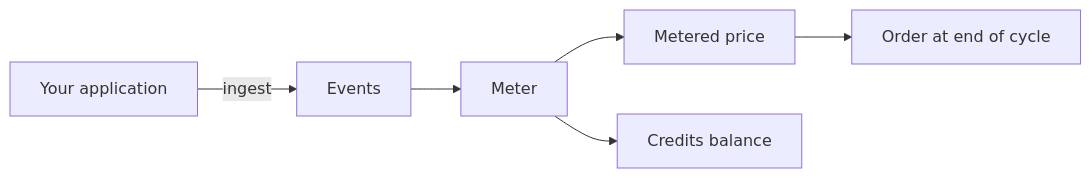
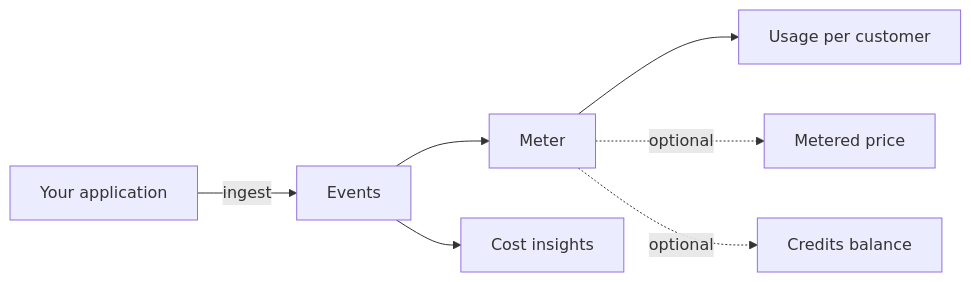
One commit to polarsource/polar changed the diagram in docs/concepts/usage.mdx. Above: the diagram before and after it, drawn with Mermaid. The commit also changed other lines of this file and 20 other files, not shown here.

````diff
--- a/docs/concepts/usage.mdx
+++ b/docs/concepts/usage.mdx
@@ -12,8 +14,9 @@
 ```mermaid
 flowchart LR
   A[Your application] -->|ingest| E[Events]
   E --> M[Meter]
-  M --> MP[Metered price]
-  M --> CR[Credits balance]
-  MP --> O[Order at end of cycle]
+  E --> CI[Cost insights]
+  M --> U[Usage per customer]
+  M -.->|optional| MP[Metered price]
+  M -.->|optional| CR[Credits balance]
 ```
````
